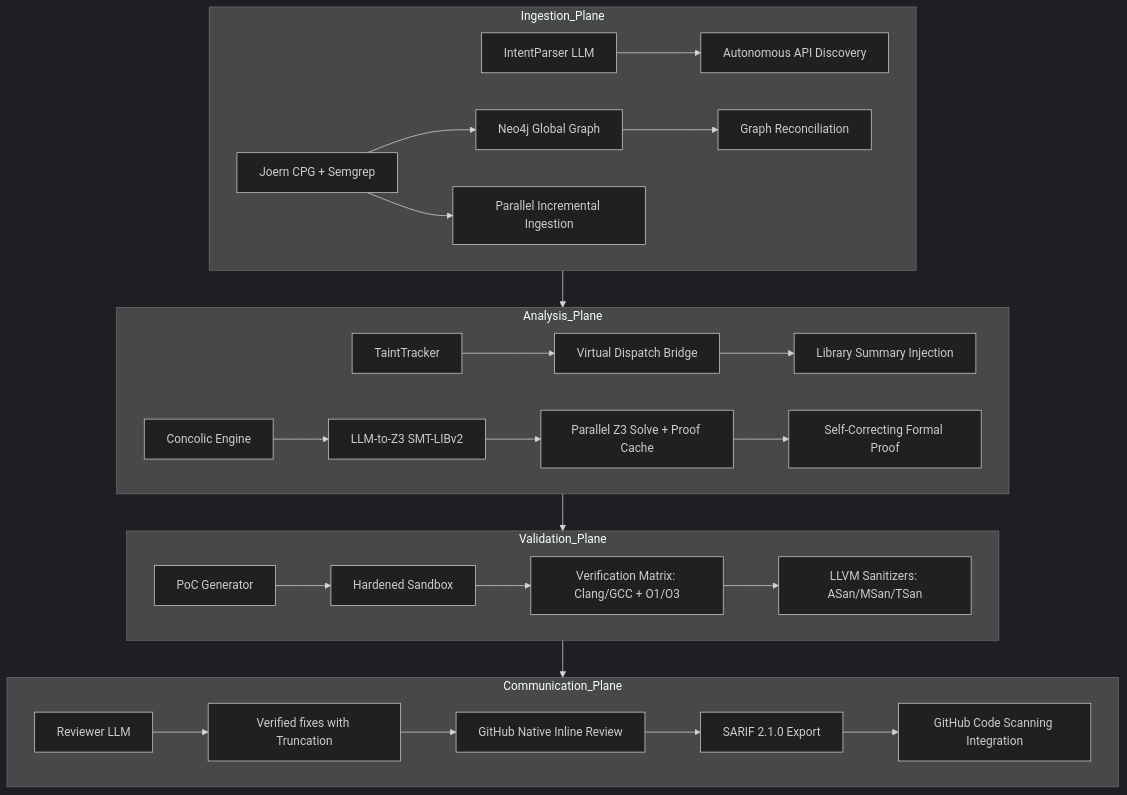
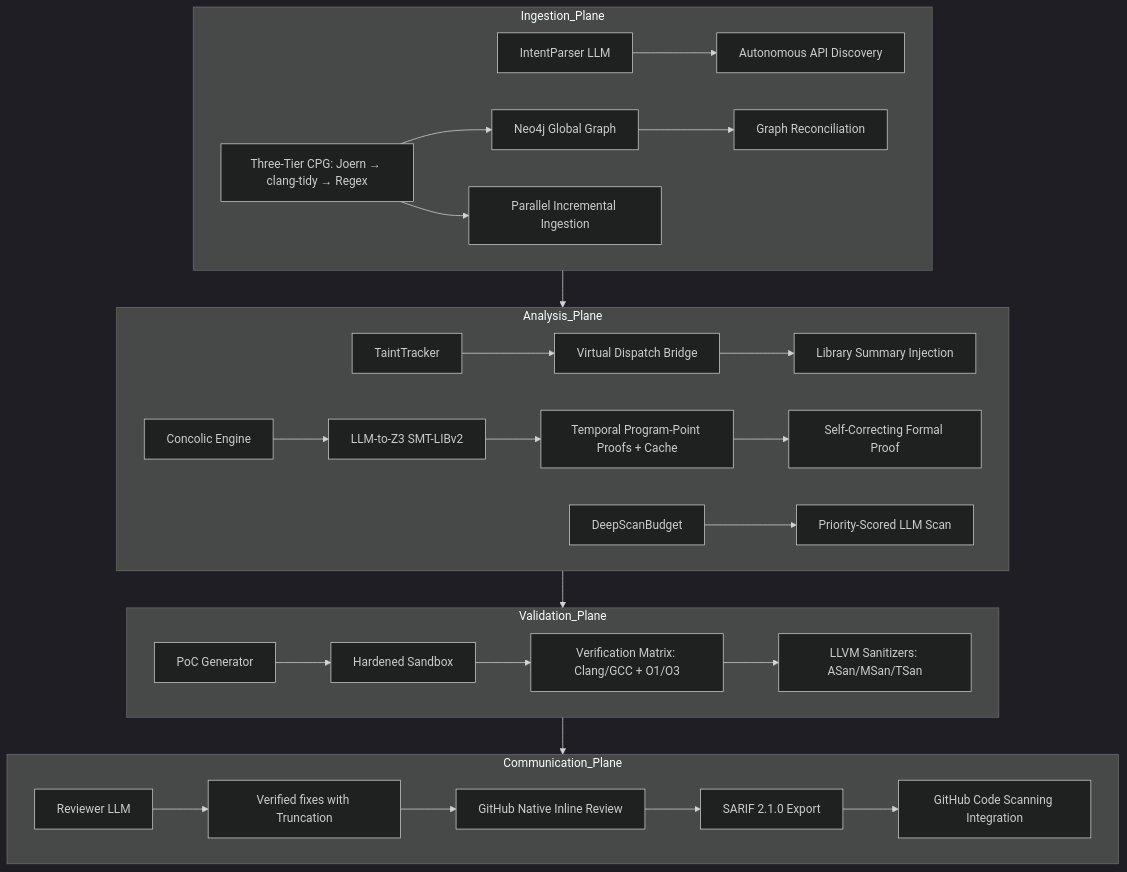
The diagram in README.md (Nishanthtamil/Vigilant-X), drawn with Mermaid (dark theme) before and after one commit. The commit also changed other lines of this file, not shown here.

````diff
--- a/README.md
+++ b/README.md
@@ -11,34 +11,35 @@
 ```mermaid
 graph TD
     subgraph Ingestion_Plane
-        A[Joern CPG + Semgrep] --> B[Neo4j Global Graph]
+        A[Three-Tier CPG: Joern → clang-tidy → Regex] --> B[Neo4j Global Graph]
         C[IntentParser LLM] --> D[Autonomous API Discovery]
         B --> E[Graph Reconciliation]
         A --> F[Parallel Incremental Ingestion]
     end
 
     subgraph Analysis_Plane
         G[TaintTracker] --> H[Virtual Dispatch Bridge]
         H --> I[Library Summary Injection]
         J[Concolic Engine] --> K[LLM-to-Z3 SMT-LIBv2]
-        K --> L[Parallel Z3 Solve + Proof Cache]
+        K --> L[Temporal Program-Point Proofs + Cache]
         L --> M[Self-Correcting Formal Proof]
+        N2[DeepScanBudget] --> O2[Priority-Scored LLM Scan]
     end
 
     subgraph Validation_Plane
         N[PoC Generator] --> O[Hardened Sandbox]
         O --> P[Verification Matrix: Clang/GCC + O1/O3]
         P --> Q[LLVM Sanitizers: ASan/MSan/TSan]
     end
 
     subgraph Communication_Plane
         R[Reviewer LLM] --> S[Verified fixes with Truncation]
         S --> T[GitHub Native Inline Review]
         T --> U[SARIF 2.1.0 Export]
         U --> V[GitHub Code Scanning Integration]
     end
 
     Ingestion_Plane --> Analysis_Plane
     Analysis_Plane --> Validation_Plane
     Validation_Plane --> Communication_Plane
 ```
````
